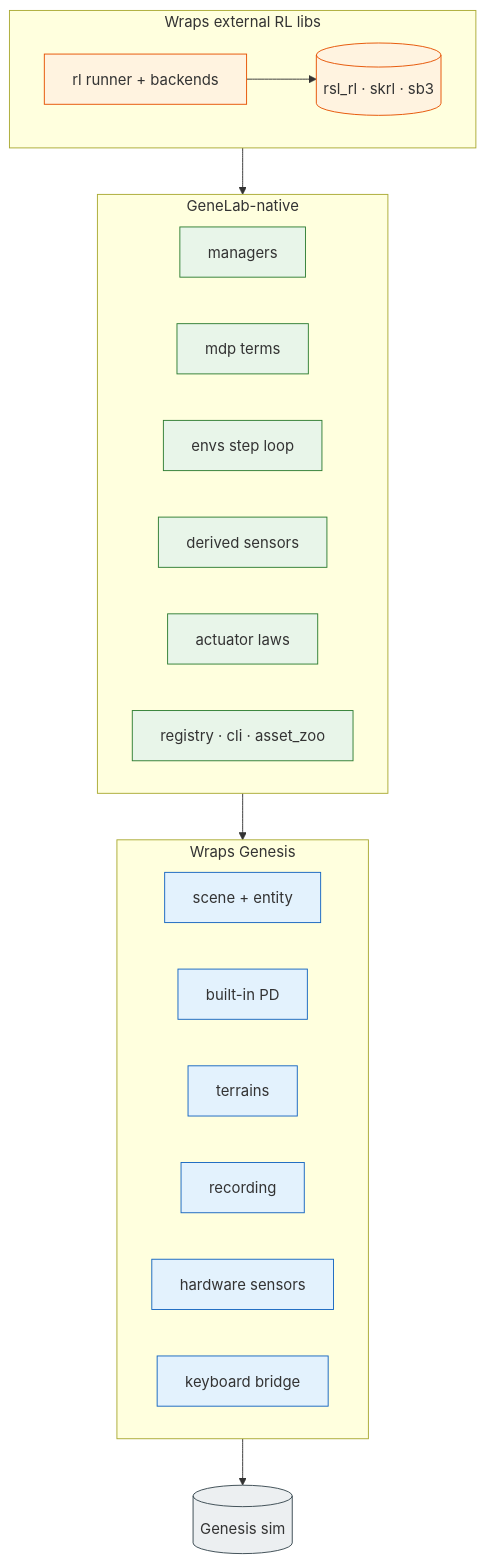
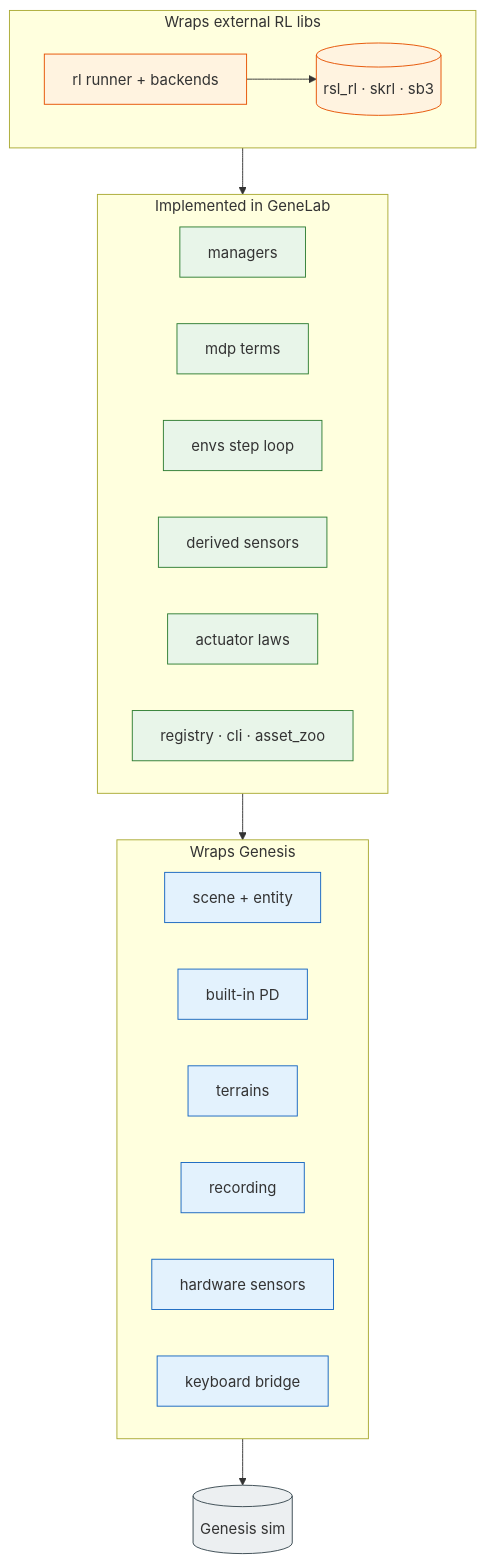
Before and after one commit to KraHsu/GeneLab: the second of 2 diagrams in docs/concepts/architecture.en.md, drawn with Mermaid. The commit also changed other lines of this file and 1 other file, not shown here.

First line of the commit message:
docs(concepts): drop "native"/"自研" wording

````diff
--- a/docs/concepts/architecture.en.md
+++ b/docs/concepts/architecture.en.md
@@ -41,40 +42,40 @@
 ```mermaid
 flowchart TB
-    subgraph NAT["GeneLab-native"]
+    subgraph NAT["Implemented in GeneLab"]
         direction LR
         Managers[managers]
         MDPlib[mdp terms]
         EnvLoop[envs step loop]
         Derived[derived sensors]
         ActLaws[actuator laws]
         Infra[registry · cli · asset_zoo]
     end
     subgraph WRAP["Wraps Genesis"]
         direction LR
         Scene2[scene + entity]
         ImplAct[built-in PD]
         Terr[terrains]
         Rec[recording]
         HwSens[hardware sensors]
         Kb[keyboard bridge]
     end
     subgraph EXT["Wraps external RL libs"]
         direction LR
         RL[rl runner + backends]
         Libs[(rsl_rl · skrl · sb3)]
     end
     GenesisSim[(Genesis sim)]
 
     NAT --> WRAP --> GenesisSim
     EXT --> EnvLoop
     RL --> Libs
 
     classDef nat fill:#e8f5e9,stroke:#2e7d32;
     classDef wrap fill:#e3f2fd,stroke:#1565c0;
     classDef ext fill:#fff3e0,stroke:#e65100;
     classDef sim fill:#eceff1,stroke:#37474f;
     class Managers,MDPlib,EnvLoop,Derived,ActLaws,Infra nat;
     class Scene2,ImplAct,Terr,Rec,HwSens,Kb wrap;
     class RL,Libs ext;
     class GenesisSim sim;
 ```
````
